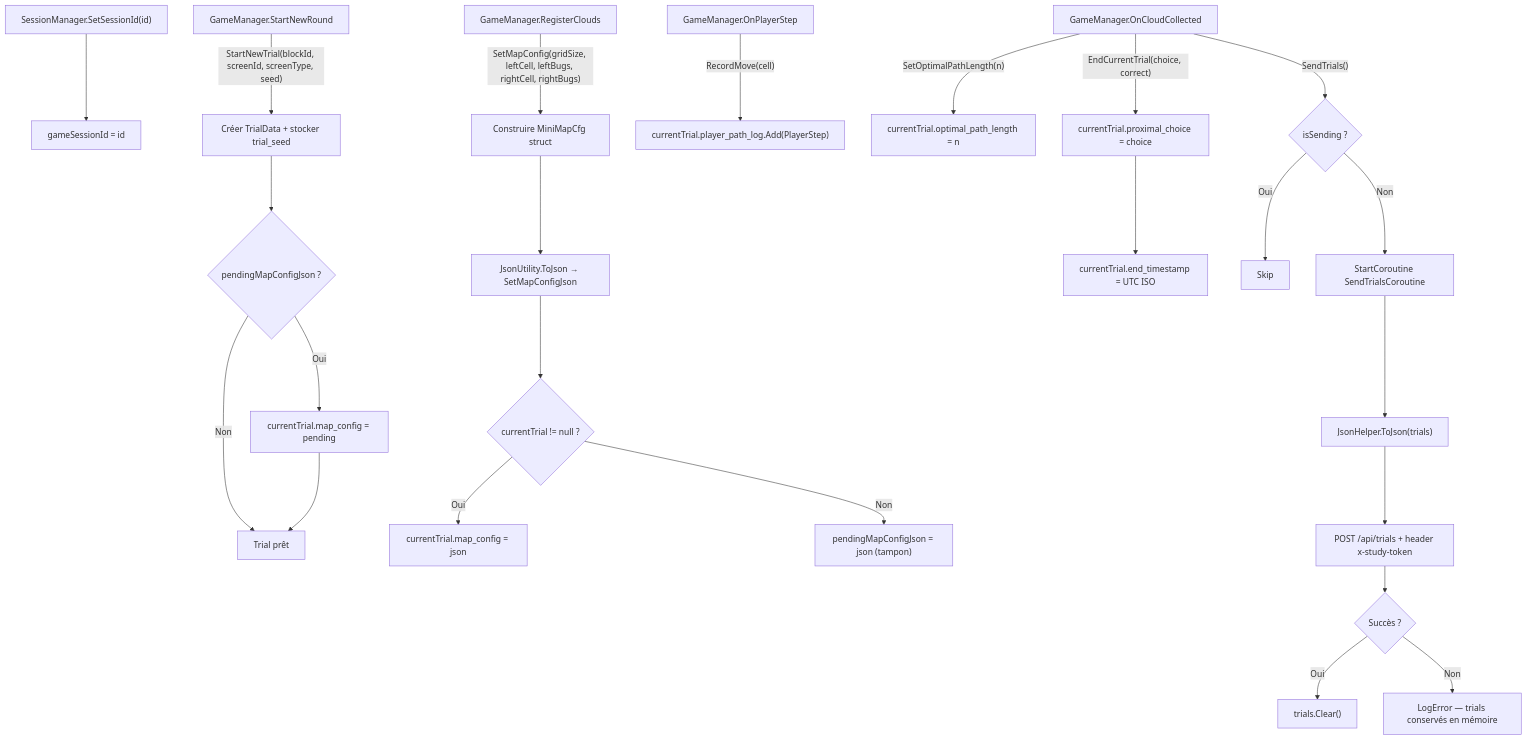
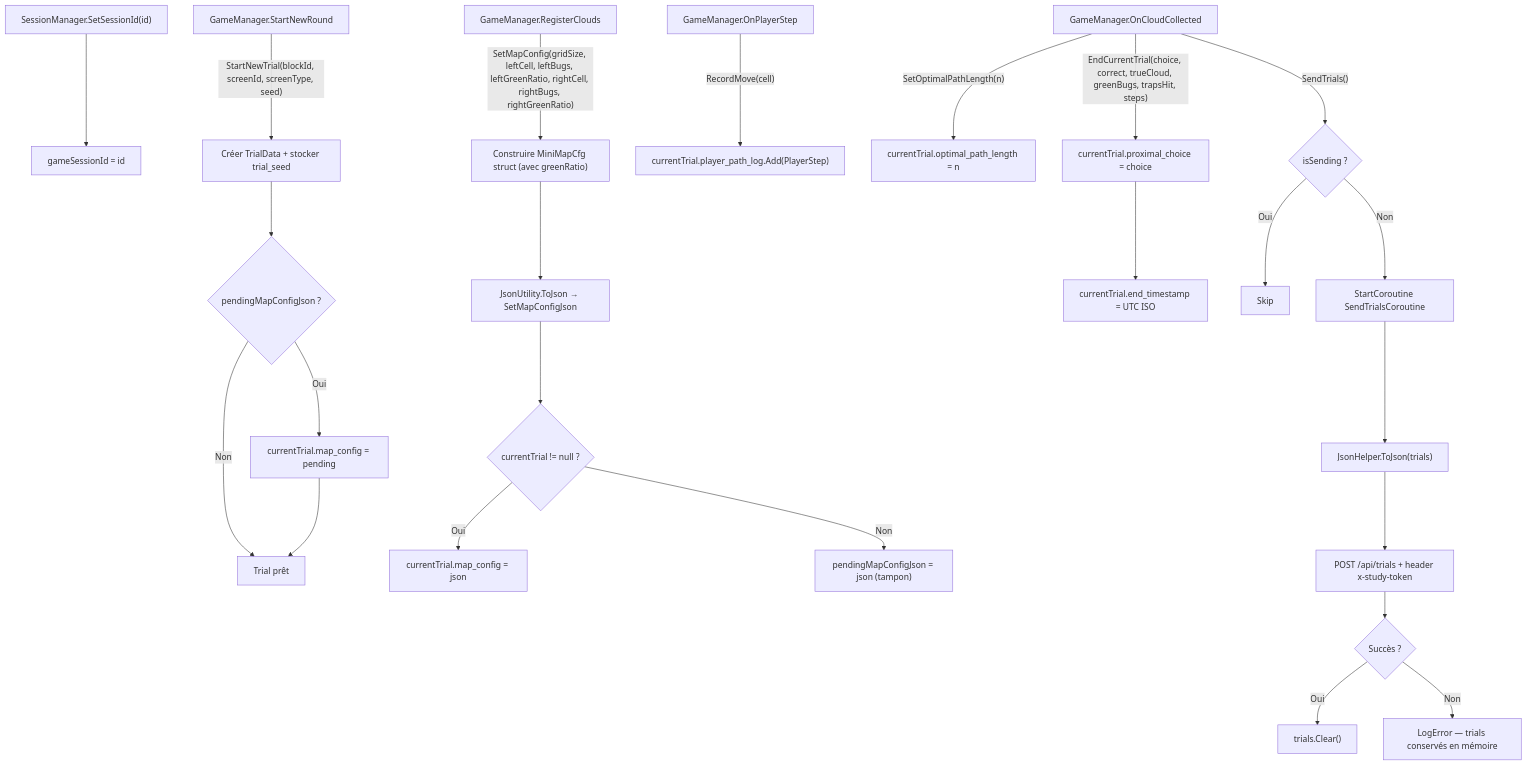
Before and after one commit to PierreChagnon/BUGS: the tenth of 13 diagrams in Docs/TDD.md, drawn with Mermaid. The commit also changed other lines of this file, not shown here.

Commit message:
TTD update for refering new trap hit pipeline

````diff
--- a/Docs/TDD.md
+++ b/Docs/TDD.md
@@ -1280,31 +1284,31 @@
 ```mermaid
 graph TD
     A["SessionManager.SetSessionId(id)"] --> B["gameSessionId = id"]
 
     C["GameManager.StartNewRound"] -->|"StartNewTrial(blockId, screenId, screenType, seed)"| D["Créer TrialData + stocker trial_seed"]
     D --> E{pendingMapConfigJson ?}
     E -->|Oui| F["currentTrial.map_config = pending"]
     E -->|Non| G[Trial prêt]
     F --> G
 
-    H["GameManager.RegisterClouds"] -->|"SetMapConfig(gridSize, leftCell, leftBugs, rightCell, rightBugs)"| H1["Construire MiniMapCfg struct"]
+    H["GameManager.RegisterClouds"] -->|"SetMapConfig(gridSize, leftCell, leftBugs, leftGreenRatio, rightCell, rightBugs, rightGreenRatio)"| H1["Construire MiniMapCfg struct (avec greenRatio)"]
     H1 --> H2["JsonUtility.ToJson → SetMapConfigJson"]
     H2 --> I{currentTrial != null ?}
     I -->|Oui| J["currentTrial.map_config = json"]
     I -->|Non| K["pendingMapConfigJson = json (tampon)"]
 
     L["GameManager.OnPlayerStep"] -->|"RecordMove(cell)"| M["currentTrial.player_path_log.Add(PlayerStep)"]
 
     N["GameManager.OnCloudCollected"] -->|"SetOptimalPathLength(n)"| O["currentTrial.optimal_path_length = n"]
-    N -->|"EndCurrentTrial(choice, correct)"| P["currentTrial.proximal_choice = choice"]
+    N -->|"EndCurrentTrial(choice, correct, trueCloud, greenBugs, trapsHit, steps)"| P["currentTrial.proximal_choice = choice"]
     P --> Q["currentTrial.end_timestamp = UTC ISO"]
 
     N -->|"SendTrials()"| R{isSending ?}
     R -->|Oui| S[Skip]
     R -->|Non| T["StartCoroutine SendTrialsCoroutine"]
     T --> U["JsonHelper.ToJson(trials)"]
     U --> V["POST /api/trials + header x-study-token"]
     V --> W{Succès ?}
     W -->|Oui| X["trials.Clear()"]
     W -->|Non| Y["LogError — trials conservés en mémoire"]
 ```
````
